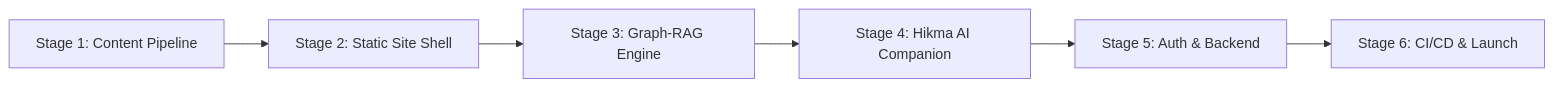
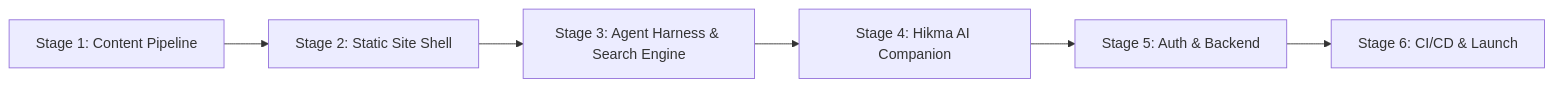
One commit to Mughal-Hash-24/Maktaba changed the first of 2 diagrams in docs/implementation_plan.md. Above: the diagram before and after it, drawn with Mermaid. The commit also changed other lines of this file and 28 other files, not shown here.

````diff
--- a/docs/implementation_plan.md
+++ b/docs/implementation_plan.md
@@ -12,8 +12,8 @@
 ```mermaid
 graph LR
     S1[Stage 1: Content Pipeline] --> S2[Stage 2: Static Site Shell]
-    S2 --> S3[Stage 3: Graph-RAG Engine]
+    S2 --> S3[Stage 3: Agent Harness & Search Engine]
     S3 --> S4[Stage 4: Hikma AI Companion]
     S4 --> S5[Stage 5: Auth & Backend]
     S5 --> S6[Stage 6: CI/CD & Launch]
 ```
````
